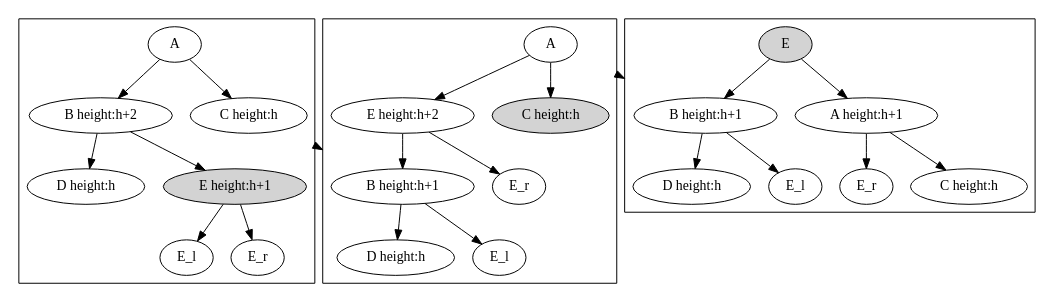
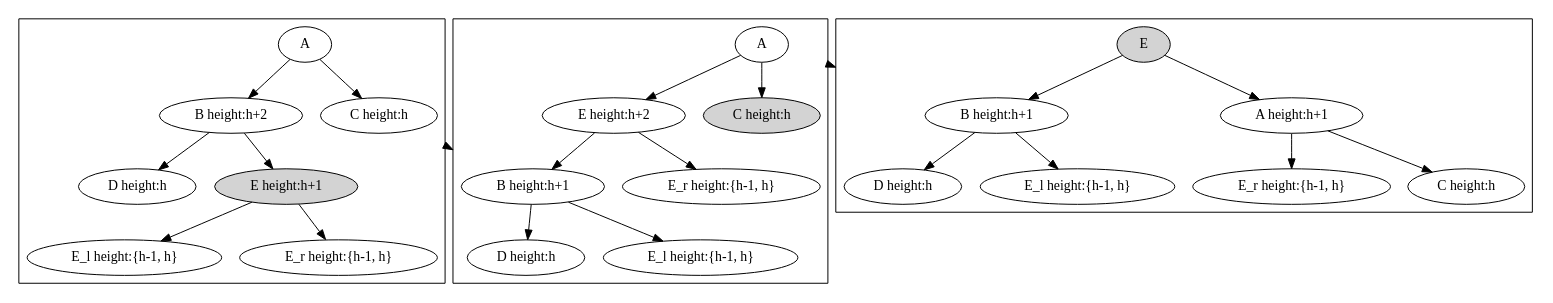
Before and after one commit to wuqingze/algorithm: the diagram in AVLTree/imgs/r-to-l-0.dot, drawn with Graphviz. The commit also changed 1 other file, not shown here.

```diff
--- a/AVLTree/imgs/r-to-l-0.dot
+++ b/AVLTree/imgs/r-to-l-0.dot
@@ -1,56 +1,56 @@
 digraph G {
 
     graph [fontsize=10 fontname="Verdana" compound=true];
 
     subgraph cluster_0 {
         a1[label="A"]
         b1[label="B height:h+2"]
         c1[label="C height:h"]
         d1[label="D height:h"]
         e1[label="E height:h+1" style=filled]
-        e1_l[label="E_l"];
-        e1_r[label="E_r"];
+        e1_l[label="E_l height:{h-1, h}"];
+        e1_r[label="E_r height:{h-1, h}"];
         a1->b1;
         a1->c1;
         b1->d1;
         b1->e1;
         e1->e1_l;
         e1->e1_r;
     }
 
     subgraph cluster_1 {
         a2[label="A"]
         b2[label="B height:h+1"]
         d2[label="D height:h"]
         e2[label="E height:h+2"]
         c2[label="C height:h" style=filled]
-        e2_l[label="E_l"];
-        e2_r[label="E_r"];
+        e2_l[label="E_l height:{h-1, h}"];
+        e2_r[label="E_r height:{h-1, h}"];
         b2->d2;
         a2->e2;
         a2->c2;
         e2->b2;
         e2->e2_r;
         b2->e2_l;
     }
 
     subgraph cluster_2 {
         e3[label="E" style=filled]
         b3[label="B height:h+1"]
         d3[label="D height:h"]
-        e3_l[label="E_l"];
-        e3_r[label="E_r"];
+        e3_l[label="E_l height:{h-1, h}"];
+        e3_r[label="E_r height:{h-1, h}"];
         a3[label="A height:h+1"]
         c3[label="C height:h"]
         e3->b3;
         e3->a3;
         b3->d3;
         b3->e3_l;
         a3->e3_r;
         a3->c3;
     }
 
     // Edges that directly connect one cluster to another
     c1 -> b2 [ltail=cluster_0 lhead=cluster_1];
     a2 -> b3 [ltail=cluster_1 lhead=cluster_2];
 }
```
